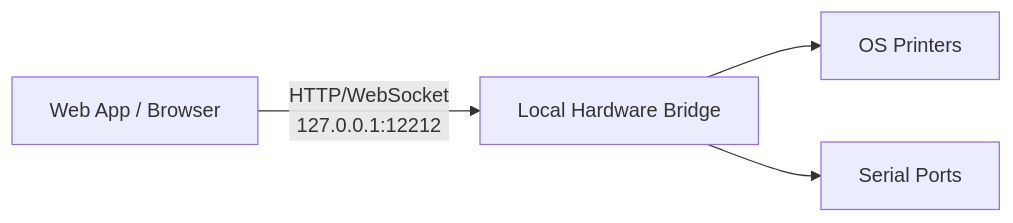
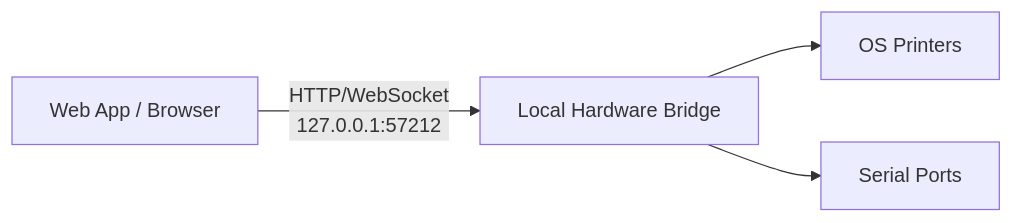
One commit to AugustinLR17/local-hardware-bridge changed the first of 2 diagrams in README.md. Above: the diagram before and after it, drawn with Mermaid. The commit also changed other lines of this file and 38 other files, not shown here.

````diff
--- a/README.md
+++ b/README.md
@@ -54,10 +71,10 @@
 ```mermaid
 graph LR
     Browser[Web App / Browser]
     LHB[Local Hardware Bridge]
     Printers[OS Printers]
     Serial[Serial Ports]
-    Browser -- HTTP/WebSocket<br/>127.0.0.1:12212 --> LHB
+    Browser -- HTTP/WebSocket<br/>127.0.0.1:57212 --> LHB
     LHB --> Printers
     LHB --> Serial
 ```
````
